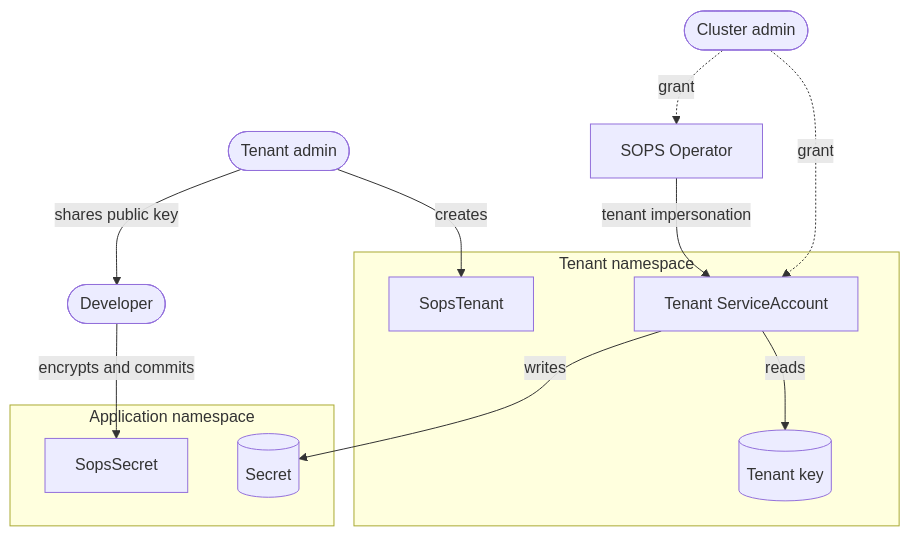
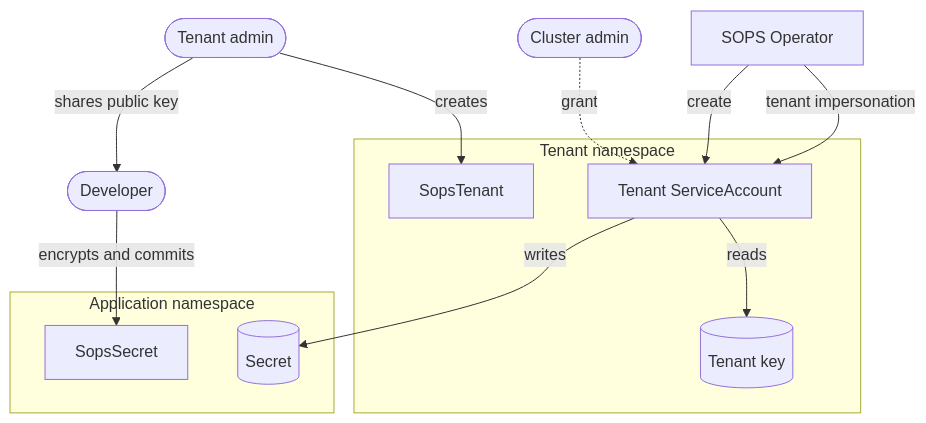
The diagram in README.md (stakater/sops-operator), drawn with Mermaid before and after one commit.

Commit message:
docs: README diagram: operator creates the tenant ServiceAccount, admin grants it

````diff
--- a/README.md
+++ b/README.md
@@ -110,28 +110,28 @@
 ```mermaid
 flowchart TB
     CA(["Cluster admin"])
     TA(["Tenant admin"])
     DEV(["Developer"])
 
     OP["SOPS Operator"]
 
     subgraph TNS["Tenant namespace"]
         TEN["SopsTenant"]
         SA["Tenant ServiceAccount"]
         KEY[("Tenant key")]
     end
 
     subgraph APP["Application namespace"]
         SS["SopsSecret"]
         OUT[("Secret")]
     end
 
-    CA -.->|grant| OP
     CA -.->|grant| SA
     TA -->|creates| TEN
     TA -->|"shares public key"| DEV
     DEV -->|"encrypts and commits"| SS
+    OP -->|create| SA
     OP -->|"tenant impersonation"| SA
     SA -->|reads| KEY
     SA -->|writes| OUT
 ```
````
